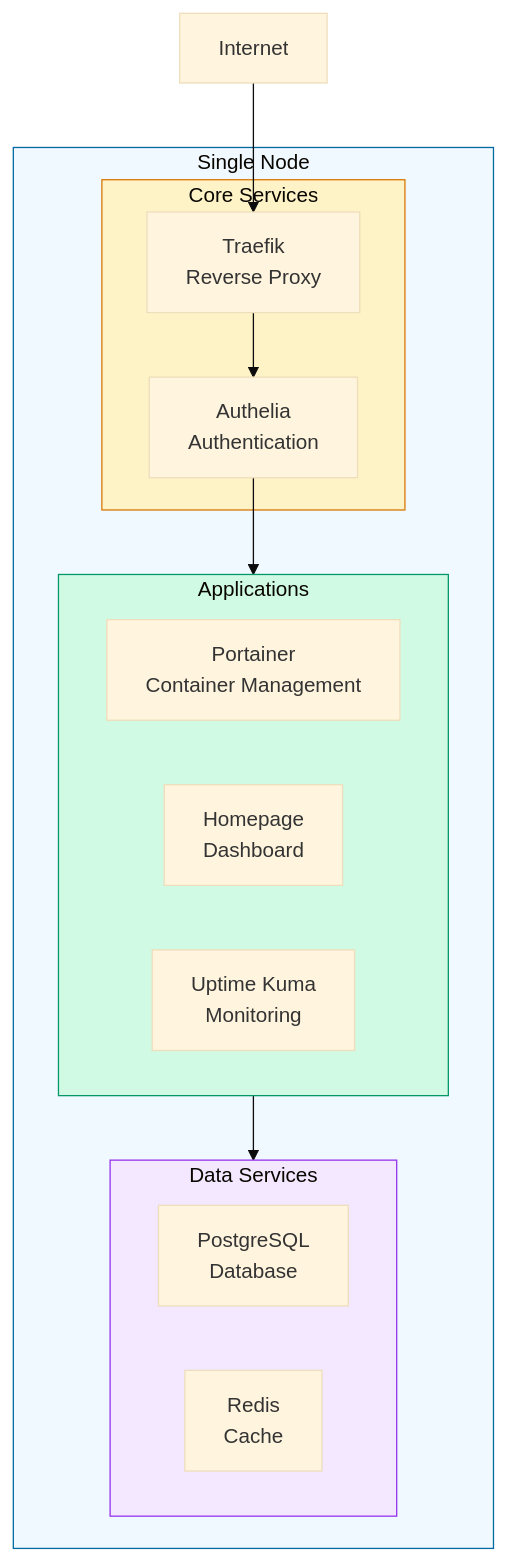
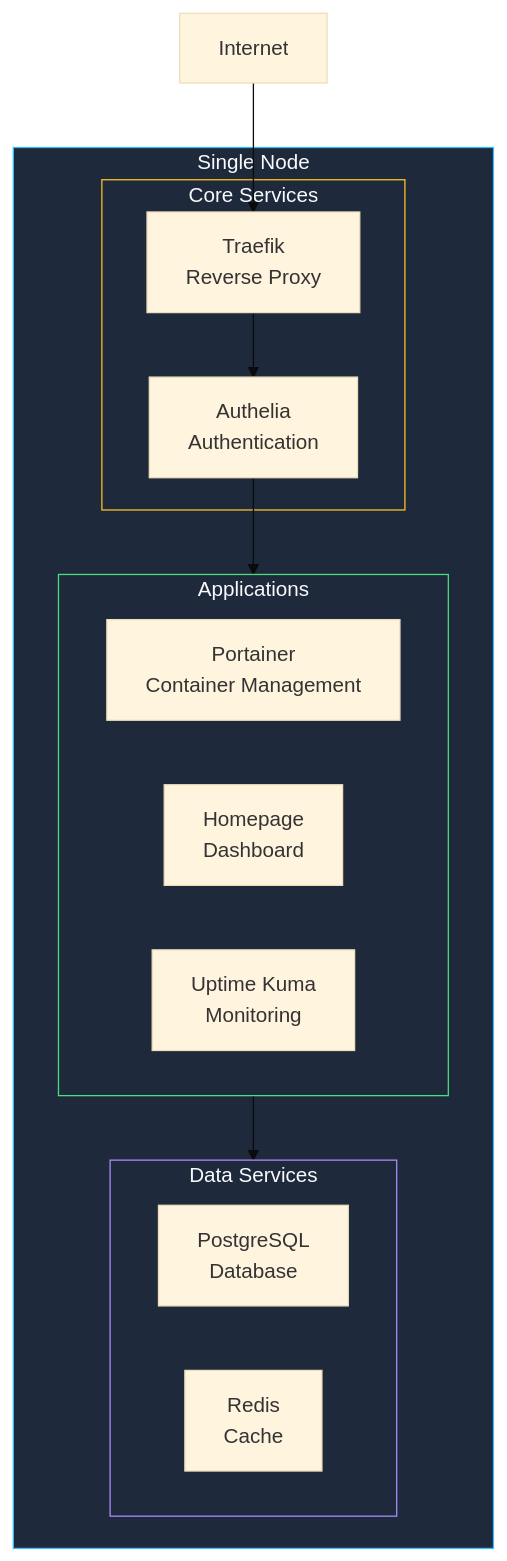
The first of 2 diagrams in stackkits/kits/base-homelab.mdx (KombiverseLabs/docs), drawn with Mermaid (base theme) before and after one commit. The commit also changed other lines of this file and 33 other files, not shown here.

````diff
--- a/stackkits/kits/base-homelab.mdx
+++ b/stackkits/kits/base-homelab.mdx
@@ -14,30 +14,30 @@
 ```mermaid
 graph TB
     subgraph Node["Single Node"]
         subgraph Core["Core Services"]
             Traefik["Traefik<br/>Reverse Proxy"]
             Authelia["Authelia<br/>Authentication"]
         end
         
         subgraph Apps["Applications"]
             Portainer["Portainer<br/>Container Management"]
             Homepage["Homepage<br/>Dashboard"]
             Uptime["Uptime Kuma<br/>Monitoring"]
         end
         
         subgraph Data["Data Services"]
             Postgres["PostgreSQL<br/>Database"]
             Redis["Redis<br/>Cache"]
         end
     end
     
     Internet["Internet"] --> Traefik
     Traefik --> Authelia
     Authelia --> Apps
     Apps --> Data
     
-    style Node fill:#f0f9ff,stroke:#0369a1
-    style Core fill:#fef3c7,stroke:#d97706
-    style Apps fill:#d1fae5,stroke:#059669
-    style Data fill:#f3e8ff,stroke:#9333ea
+    style Node fill:#1e293b,stroke:#38bdf8,color:#f8fafc
+    style Core fill:#1e293b,stroke:#fbbf24,color:#f8fafc
+    style Apps fill:#1e293b,stroke:#4ade80,color:#f8fafc
+    style Data fill:#1e293b,stroke:#a78bfa,color:#f8fafc
 ```
````
